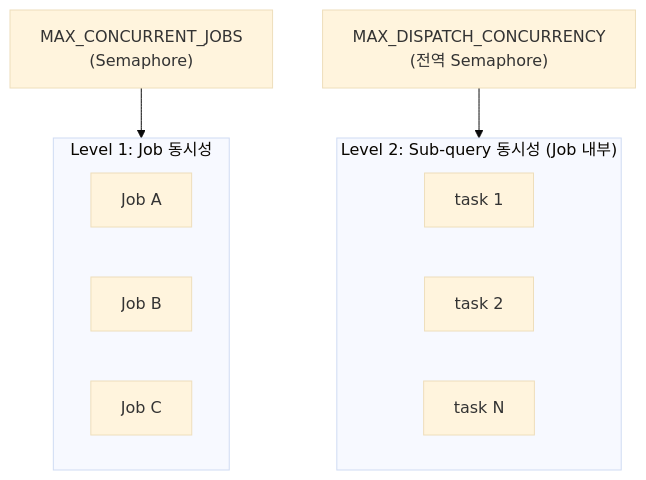
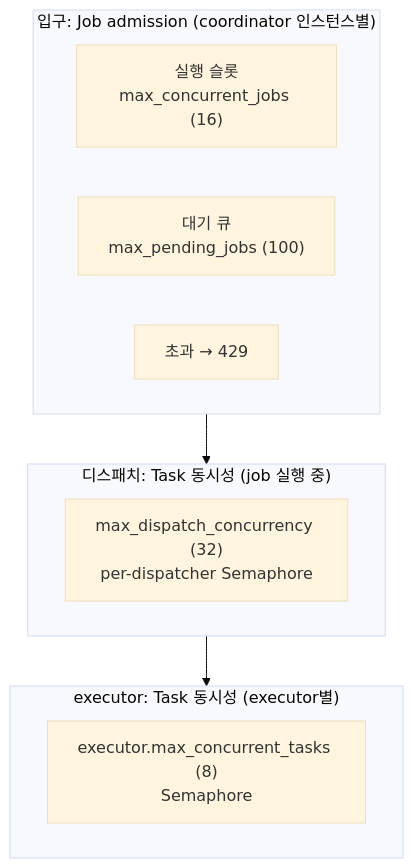
One commit to DataDynamics/distributed-query-executor changed the eighth of 8 diagrams in DESIGN.md. Above: the diagram before and after it, drawn with Mermaid (base theme). The commit also changed other lines of this file, not shown here.

````diff
--- a/DESIGN.md
+++ b/DESIGN.md
@@ -302,11 +332,16 @@
 ```mermaid
 flowchart TB
-    subgraph L1["Level 1: Job 동시성"]
-        J1[Job A] & J2[Job B] & J3[Job C]
+    subgraph L1["입구: Job admission (coordinator 인스턴스별)"]
+        direction LR
+        Slots["실행 슬롯<br/>max_concurrent_jobs (16)"]
+        Queue["대기 큐<br/>max_pending_jobs (100)"]
+        Reject["초과 → 429"]
     end
-    subgraph L2["Level 2: Sub-query 동시성 (Job 내부)"]
-        T1[task 1] & T2[task 2] & T3[task N]
+    subgraph L2["디스패치: Task 동시성 (job 실행 중)"]
+        Disp["max_dispatch_concurrency (32)<br/>per-dispatcher Semaphore"]
     end
-    JobSem["MAX_CONCURRENT_JOBS<br/>(Semaphore)"] --> L1
-    DispSem["MAX_DISPATCH_CONCURRENCY<br/>(전역 Semaphore)"] --> L2
+    subgraph L3["executor: Task 동시성 (executor별)"]
+        ExSem["executor.max_concurrent_tasks (8)<br/>Semaphore"]
+    end
+    L1 --> L2 --> L3
 ```
````
